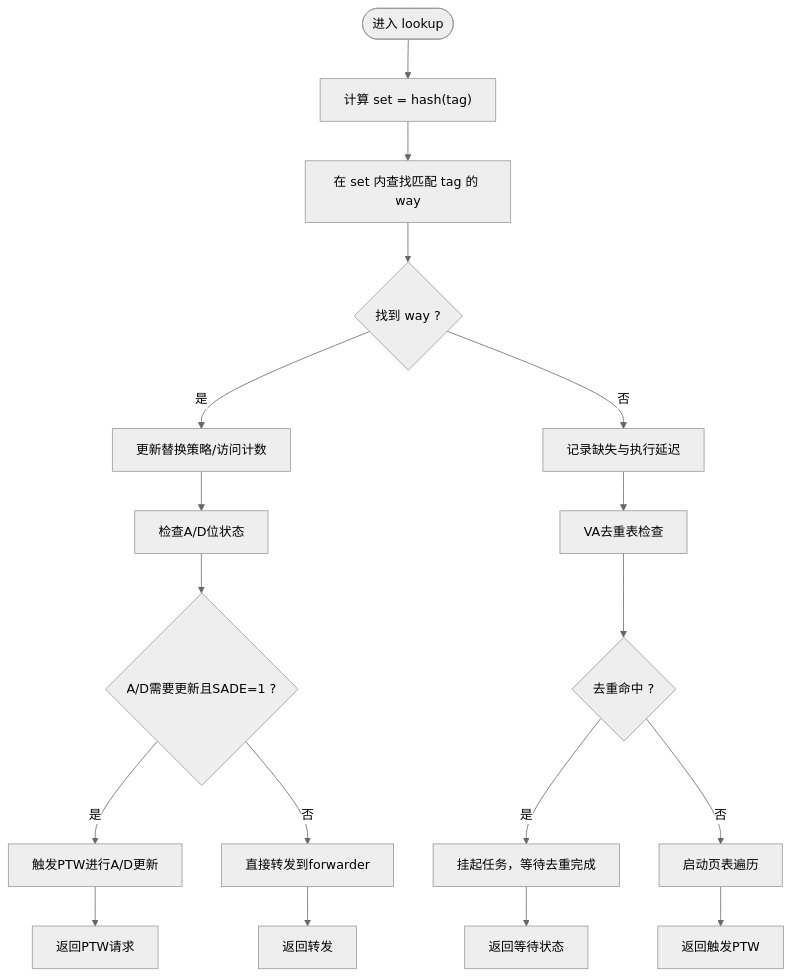
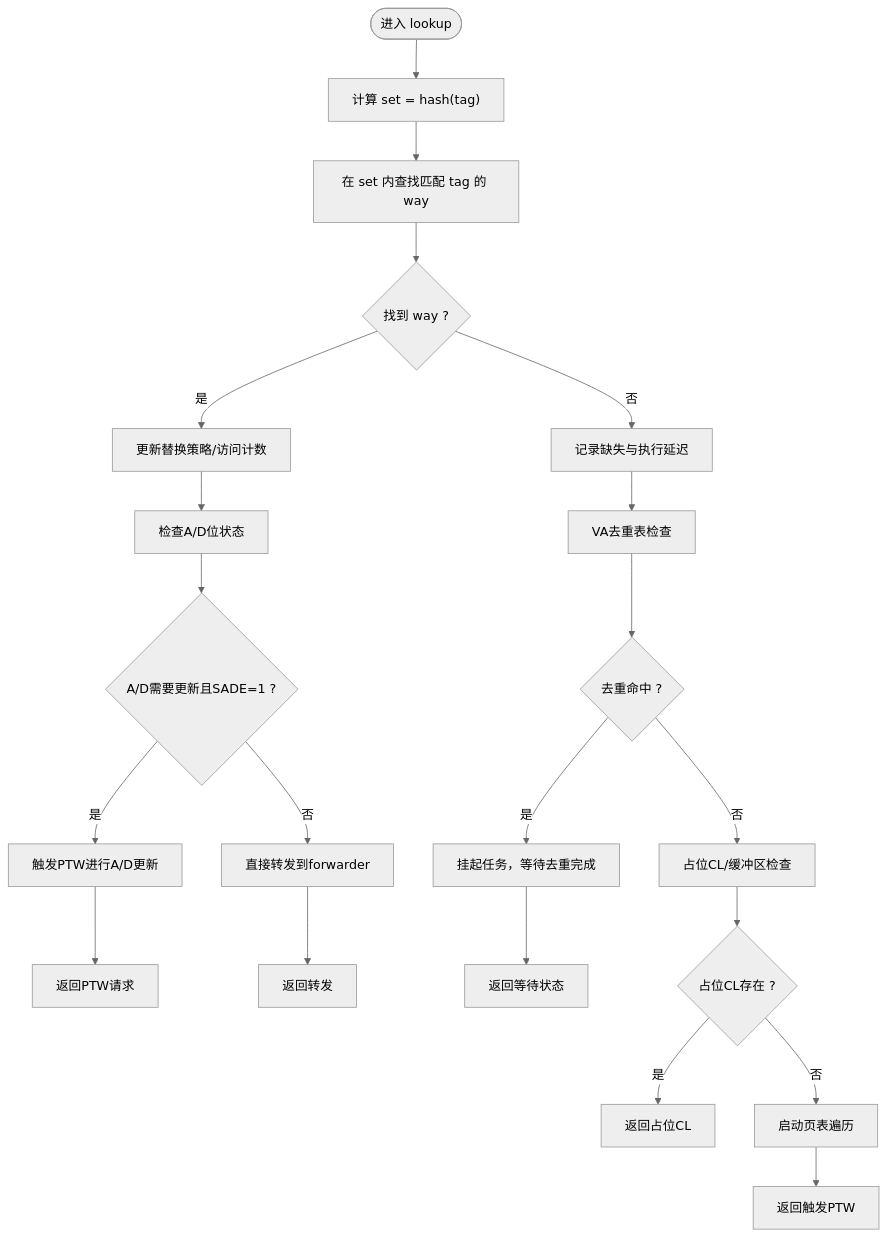
Before and after one commit to jiangjiang1122/iommu_model_20260401_v1: the fourth of 15 diagrams in .qoder/repowiki/zh/content/缓存系统架构/页表缓存(PT Cache)/页表缓存(PT Cache).md, drawn with Mermaid (neutral theme). The commit also changed other lines of this file and 21 other files, not shown here.

````diff
--- a/.qoder/repowiki/zh/content/缓存系统架构/页表缓存(PT Cache)/页表缓存(PT Cache).md
+++ b/.qoder/repowiki/zh/content/缓存系统架构/页表缓存(PT Cache)/页表缓存(PT Cache).md
@@ -288,20 +323,23 @@
 ```mermaid
 flowchart TD
 Start(["进入 lookup"]) --> Hash["计算 set = hash(tag)"]
 Hash --> FindWay["在 set 内查找匹配 tag 的 way"]
 FindWay --> Hit{"找到 way ?"}
 Hit --> |是| Update["更新替换策略/访问计数"]
 Update --> CheckAD["检查A/D位状态"]
 CheckAD --> NeedUpdate{"A/D需要更新且SADE=1 ?"}
 NeedUpdate --> |是| TriggerPTW["触发PTW进行A/D更新"]
 TriggerPTW --> ReturnPTW["返回PTW请求"]
 NeedUpdate --> |否| DirectForward["直接转发到forwarder"]
 DirectForward --> ReturnForward["返回转发"]
 Hit --> |否| RecordMiss["记录缺失与执行延迟"]
 RecordMiss --> DedupCheck["VA去重表检查"]
 DedupCheck --> DedupHit{"去重命中 ?"}
 DedupHit --> |是| HangWait["挂起任务，等待去重完成"]
 HangWait --> ReturnWait["返回等待状态"]
-DedupHit --> |否| StartWalk["启动页表遍历"]
+DedupHit --> |否| PHCheck["占位CL/缓冲区检查"]
+PHCheck --> PHHit{"占位CL存在 ?"}
+PHHit --> |是| ReturnPH["返回占位CL"]
+PHHit --> |否| StartWalk["启动页表遍历"]
 StartWalk --> ReturnWalk["返回触发PTW"]
 ```
````
